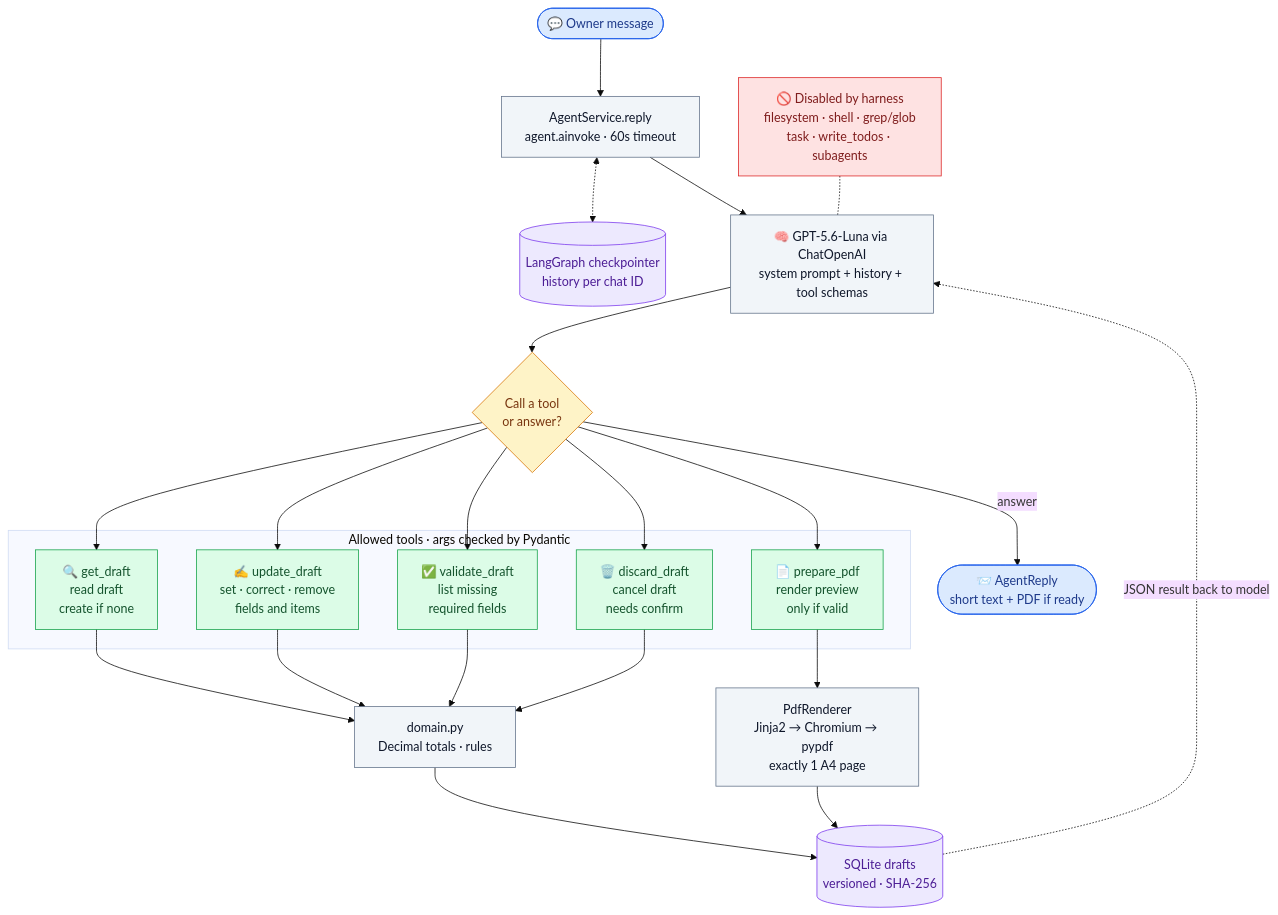
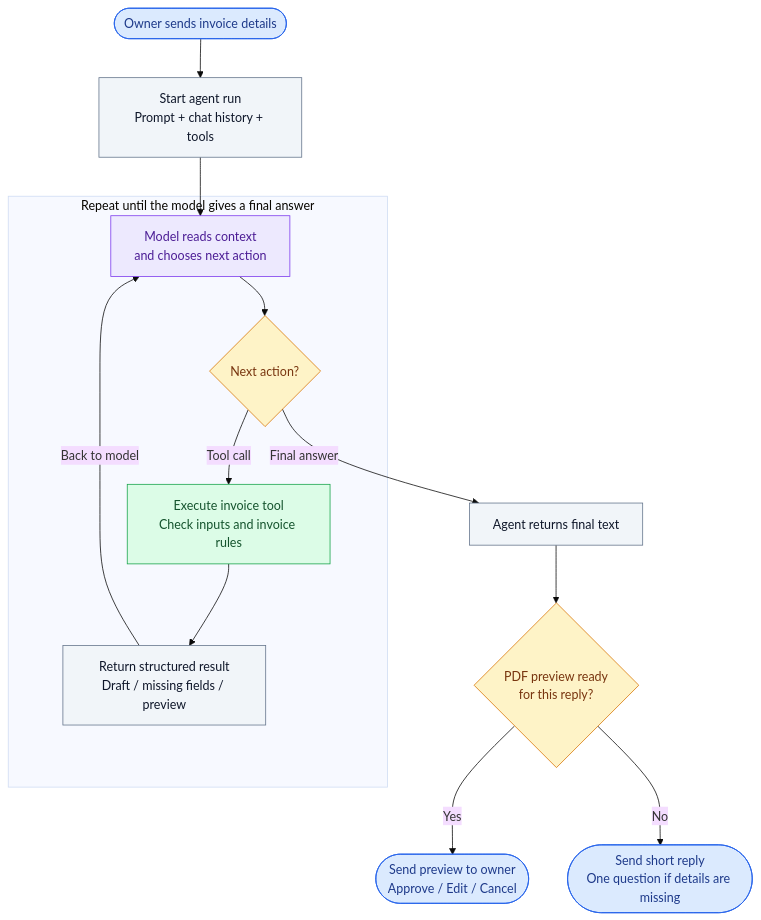
One commit to Zayuki/invoice-AI-Agent changed the second of 2 diagrams in README.md. Above: the diagram before and after it, drawn with Mermaid (base theme). The commit also changed other lines of this file, not shown here.

````diff
--- a/README.md
+++ b/README.md
@@ -94,47 +96,40 @@
 ```mermaid
 flowchart TB
-    msg([💬 Owner message])
-    svc[AgentService.reply<br/>agent.ainvoke · 60s timeout]
-    ckpt[(LangGraph checkpointer<br/>history per chat ID)]
-    llm["🧠 GPT-5.6-Luna via ChatOpenAI<br/>system prompt + history + tool schemas"]
-    decide{Call a tool<br/>or answer?}
-    blocked["🚫 Disabled by harness<br/>filesystem · shell · grep/glob<br/>task · write_todos · subagents"]
+    message([Owner sends invoice details])
+    context["Start agent run<br/>Prompt + chat history + tools"]
 
-    subgraph TOOLS["Allowed tools · args checked by Pydantic"]
-        t1["🔍 get_draft<br/>read draft<br/>create if none"]
-        t2["✍️ update_draft<br/>set · correct · remove<br/>fields and items"]
-        t3["✅ validate_draft<br/>list missing<br/>required fields"]
-        t4["📄 prepare_pdf<br/>render preview<br/>only if valid"]
-        t5["🗑️ discard_draft<br/>cancel draft<br/>needs confirm"]
+    subgraph loop["Repeat until the model gives a final answer"]
+        model["Model reads context<br/>and chooses next action"]
+        action{Next action?}
+        tool["Execute invoice tool<br/>Check inputs and invoice rules"]
+        result["Return structured result<br/>Draft / missing fields / preview"]
+
+        model --> action
+        action -- Tool call --> tool
+        tool --> result
+        result -- Back to model --> model
     end
 
-    domain["domain.py<br/>Decimal totals · rules"]
-    render["PdfRenderer<br/>Jinja2 → Chromium → pypdf<br/>exactly 1 A4 page"]
-    store[(SQLite drafts<br/>versioned · SHA-256)]
-    reply([📨 AgentReply<br/>short text + PDF if ready])
+    answer[Agent returns final text]
+    preview{PDF preview ready<br/>for this reply?}
+    send_pdf(["Send preview to owner<br/>Approve / Edit / Cancel"])
+    send_text(["Send short reply<br/>One question if details are missing"])
 
-    msg --> svc --> llm --> decide
-    svc <-.-> ckpt
-    blocked -.- llm
-    decide --> t1 & t2 & t3 & t4 & t5
-    t1 & t2 & t3 & t5 --> domain
-    t4 --> render
-    domain --> store
-    render --> store
-    store -. JSON result back to model .-> llm
-    decide -- answer --> reply
+    message --> context --> model
+    action -- Final answer --> answer
+    answer --> preview
+    preview -- Yes --> send_pdf
+    preview -- No --> send_text
 
-    classDef io fill:#dbeafe,stroke:#2563eb,color:#1e3a8a
-    classDef step fill:#f1f5f9,stroke:#64748b,color:#0f172a
-    classDef decideC fill:#fef3c7,stroke:#d97706,color:#78350f
-    classDef storeC fill:#ede9fe,stroke:#7c3aed,color:#4c1d95
-    classDef bad fill:#fee2e2,stroke:#dc2626,color:#7f1d1d
+    classDef message fill:#dbeafe,stroke:#2563eb,color:#1e3a8a
+    classDef model fill:#ede9fe,stroke:#7c3aed,color:#4c1d95
+    classDef application fill:#f1f5f9,stroke:#64748b,color:#0f172a
+    classDef decision fill:#fef3c7,stroke:#d97706,color:#78350f
     classDef tool fill:#dcfce7,stroke:#16a34a,color:#14532d
 
-    class msg,reply io
-    class svc,llm,domain,render step
-    class decide decideC
-    class ckpt,store storeC
-    class blocked bad
-    class t1,t2,t3,t4,t5 tool
+    class message,send_pdf,send_text message
+    class model model
+    class context,result,answer application
+    class action,preview decision
+    class tool tool
 ```
````
